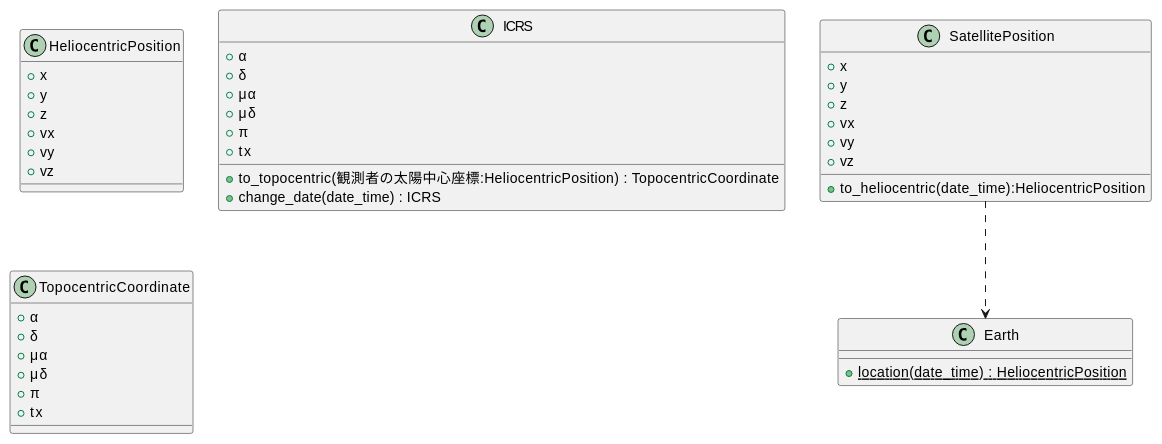
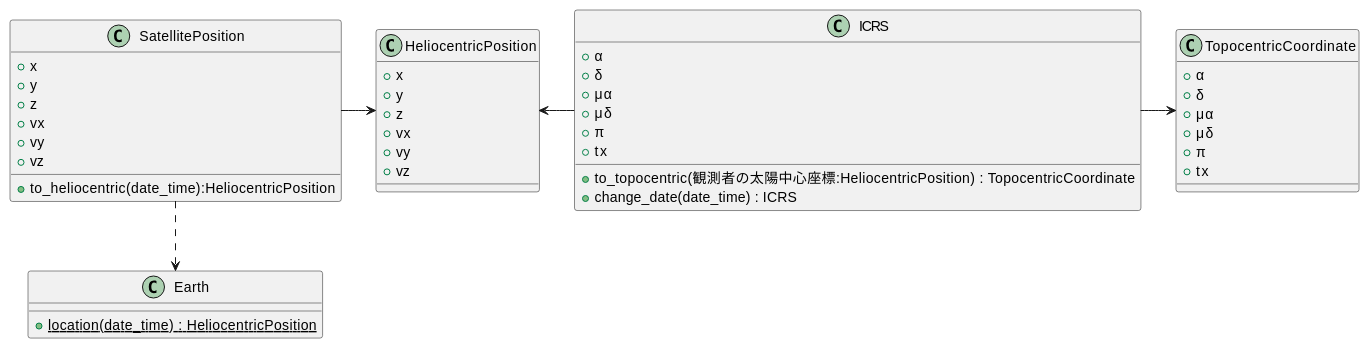
Before and after one commit to JASMINE-Mission/jasmine_toolkit: the diagram in uml/jasmine_position.md, drawn with PlantUML.

````diff
--- a/uml/jasmine_position.md
+++ b/uml/jasmine_position.md
@@ -3,50 +3,53 @@
 ```uml
 @startuml
 
 SatellitePosition ..> Earth
+SatellitePosition->HeliocentricPosition
+HeliocentricPosition<-ICRS
+ICRS->TopocentricCoordinate
 
 class SatellitePosition {
   + x
   + y
   + z
   + vx
   + vy
   + vz
   + to_heliocentric(date_time):HeliocentricPosition
 }
 
 class HeliocentricPosition {
   + x
   + y
   + z
   + vx
   + vy
   + vz
 }
 
 class ICRS {
   + α
   + δ
   + μα
   + μδ
   + π
   + tx
   + to_topocentric(観測者の太陽中心座標:HeliocentricPosition) : TopocentricCoordinate
   + change_date(date_time) :  ICRS
 }
 
 class TopocentricCoordinate {
   + α
   + δ
   + μα
   + μδ
   + π
   + tx
 }
 
 class Earth {
   + {static} location(date_time) : HeliocentricPosition
 }
 
 @enduml
 ```
````
